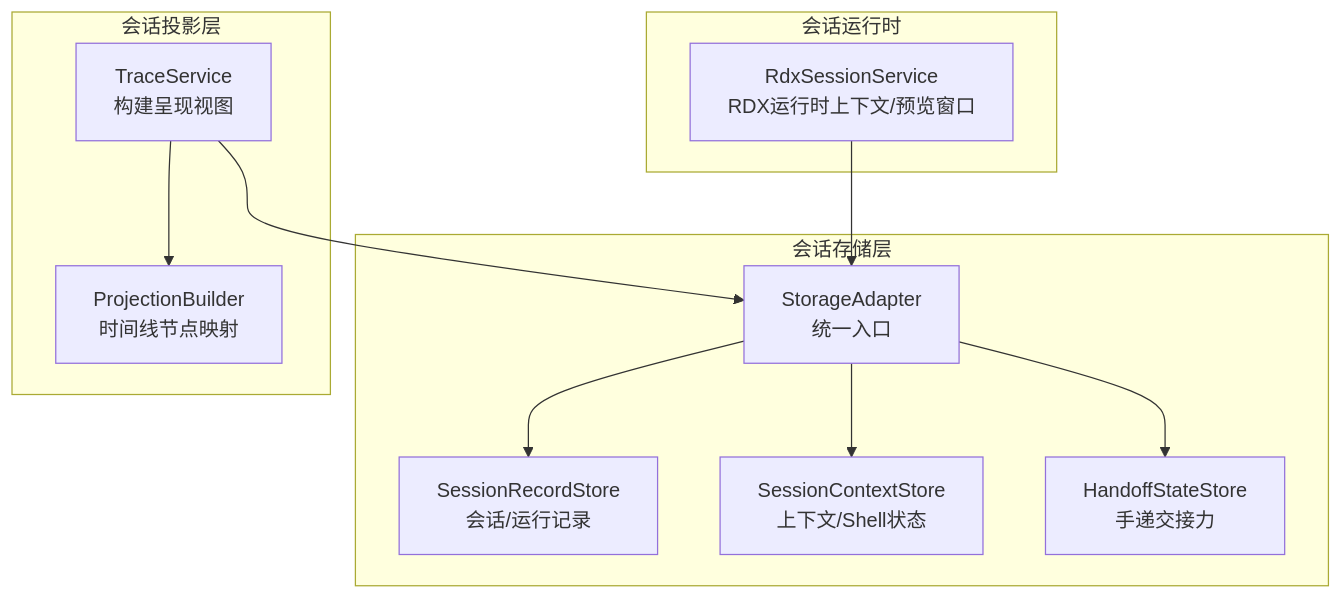
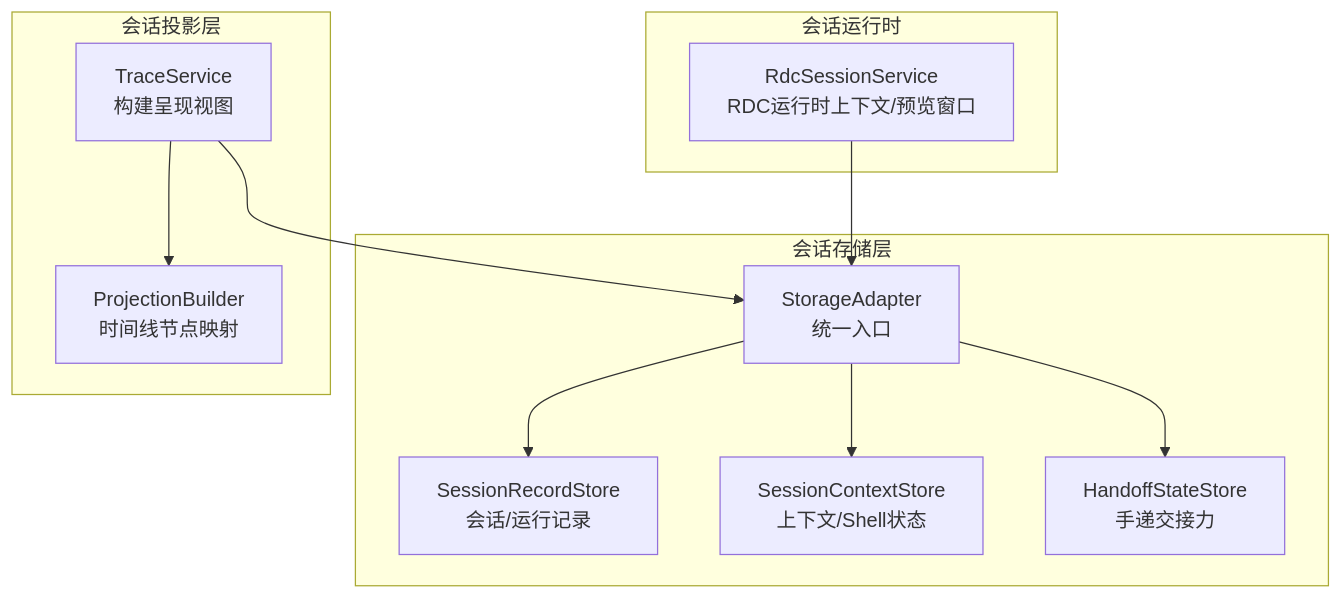
One commit to haolange/RDC-Agent changed the first of 8 diagrams in .qoder/repowiki/zh/content/架构设计/渲染器架构/状态管理/会话状态管理.md. Above: the diagram before and after it, drawn with Mermaid. The commit also changed other lines of this file and 557 other files, not shown here.

````diff
--- a/.qoder/repowiki/zh/content/架构设计/渲染器架构/状态管理/会话状态管理.md
+++ b/.qoder/repowiki/zh/content/架构设计/渲染器架构/状态管理/会话状态管理.md
@@ -38,22 +38,22 @@
 ```mermaid
 graph TB
 subgraph "会话存储层"
 SA["StorageAdapter<br/>统一入口"]
 SRS["SessionRecordStore<br/>会话/运行记录"]
 SCJS["SessionContextStore<br/>上下文/Shell状态"]
 HSS["HandoffStateStore<br/>手递交接力"]
 end
 subgraph "会话运行时"
-RSS["RdxSessionService<br/>RDX运行时上下文/预览窗口"]
+RSS["RdcSessionService<br/>RDC运行时上下文/预览窗口"]
 end
 subgraph "会话投影层"
 TS["TraceService<br/>构建呈现视图"]
 PB["ProjectionBuilder<br/>时间线节点映射"]
 end
 SA --> SRS
 SA --> SCJS
 SA --> HSS
 RSS --> SA
 TS --> SA
 TS --> PB
 ```
````
